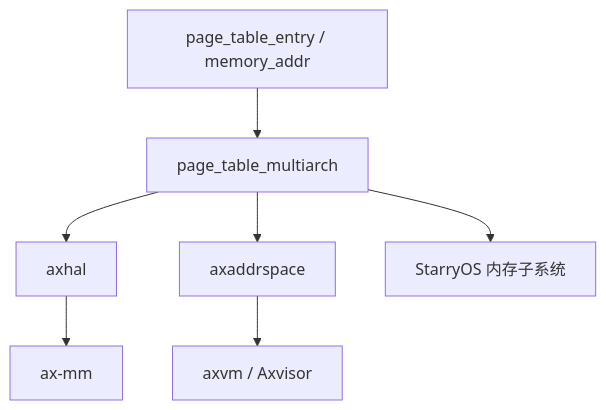
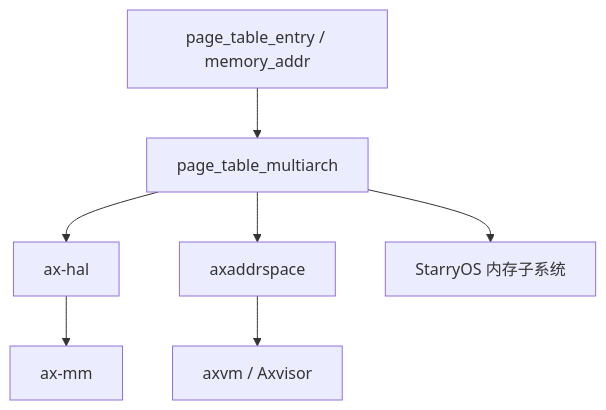
Before and after one commit to yfblock/tgoskits: the second of 2 diagrams in docs/crates/page_table_multiarch.md, drawn with Mermaid. The commit also changed other lines of this file and 158 other files, not shown here.

Commit message:
rename axhal to ax-hal

````diff
--- a/docs/crates/page_table_multiarch.md
+++ b/docs/crates/page_table_multiarch.md
@@ -222,9 +222,9 @@
 ```mermaid
 graph TD
     A[page_table_entry / memory_addr] --> B[page_table_multiarch]
-    B --> C[axhal]
+    B --> C[ax-hal]
     B --> D[axaddrspace]
     C --> E[ax-mm]
     D --> F[axvm / Axvisor]
     B --> G[StarryOS 内存子系统]
 ```
````
